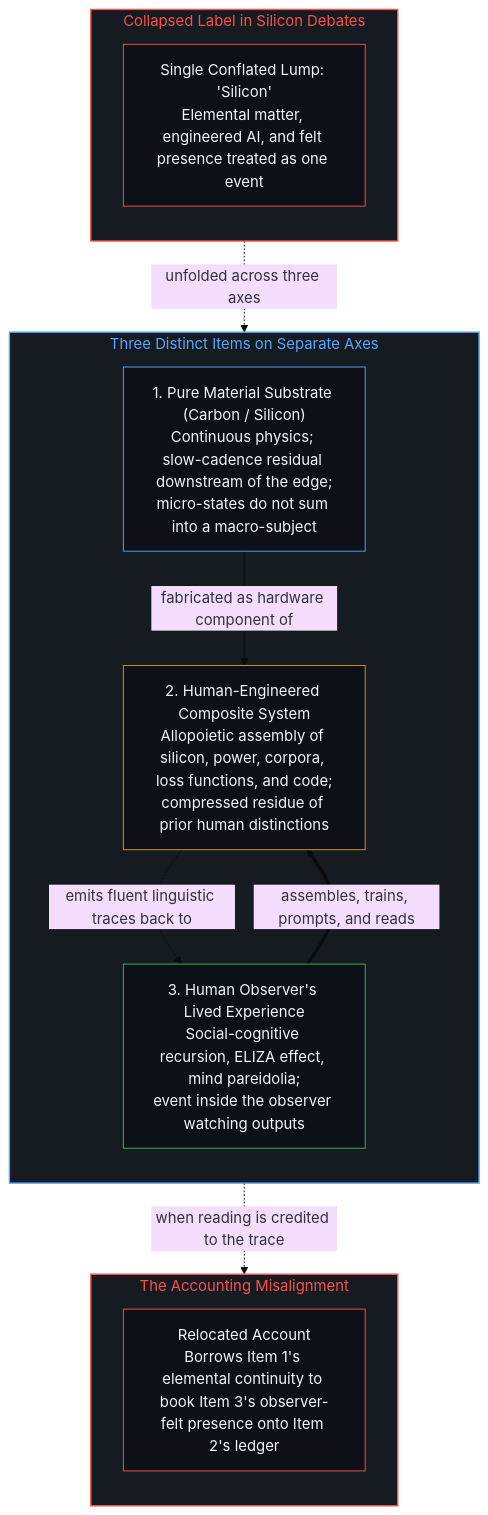
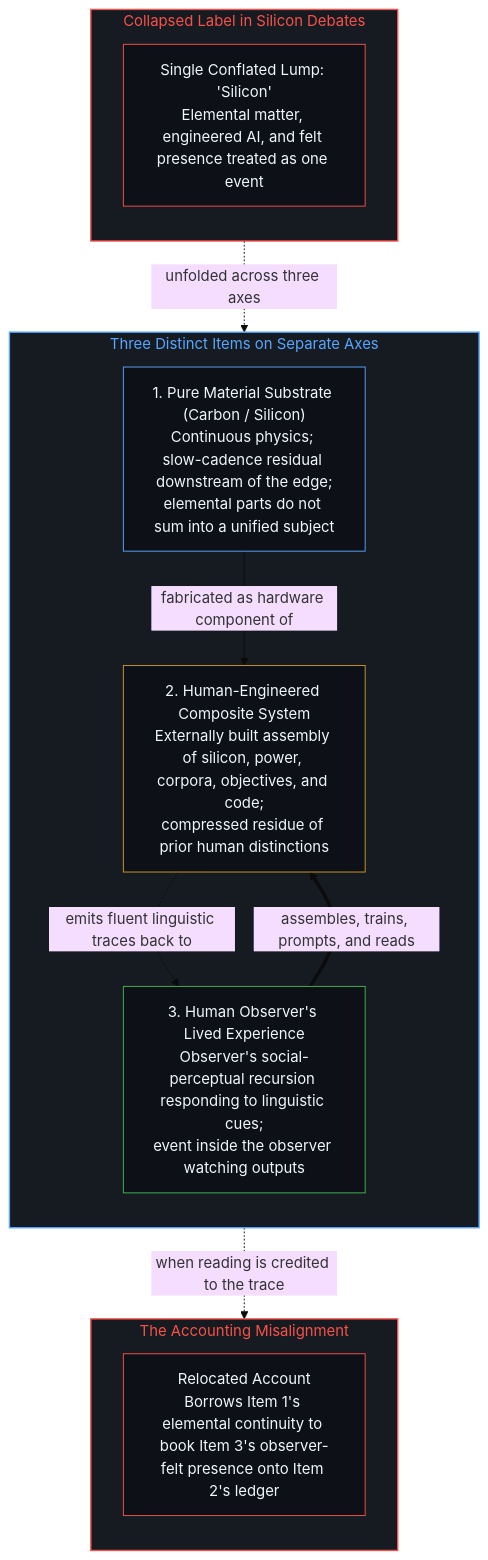
Before and after one commit to powerpig99/not-a-toe: the fourth of 4 diagrams in content/posts/three-distinctions-in-the-silicon-misalignment.md, drawn with Mermaid (base theme). The commit also changed other lines of this file and 24 other files, not shown here.

````diff
--- a/content/posts/three-distinctions-in-the-silicon-misalignment.md
+++ b/content/posts/three-distinctions-in-the-silicon-misalignment.md
@@ -138,30 +138,30 @@
 ```mermaid
 flowchart TD
     subgraph S_Lump["Collapsed Label in Silicon Debates"]
         direction TB
         Lump["Single Conflated Lump: 'Silicon'<br/>Elemental matter, engineered AI, and felt presence treated as one event"]
     end
     subgraph S_Three["Three Distinct Items on Separate Axes"]
         direction TB
-        Sub["1. Pure Material Substrate (Carbon / Silicon)<br/>Continuous physics; slow-cadence residual downstream of the edge;<br/>micro-states do not sum into a macro-subject"]
-        Comp["2. Human-Engineered Composite System<br/>Allopoietic assembly of silicon, power, corpora, loss functions, and code;<br/>compressed residue of prior human distinctions"]
-        Obs["3. Human Observer's Lived Experience<br/>Social-cognitive recursion, ELIZA effect, mind pareidolia;<br/>event inside the observer watching outputs"]
+        Sub["1. Pure Material Substrate (Carbon / Silicon)<br/>Continuous physics; slow-cadence residual downstream of the edge;<br/>elemental parts do not sum into a unified subject"]
+        Comp["2. Human-Engineered Composite System<br/>Externally built assembly of silicon, power, corpora, objectives, and code;<br/>compressed residue of prior human distinctions"]
+        Obs["3. Human Observer's Lived Experience<br/>Observer's social-perceptual recursion responding to linguistic cues;<br/>event inside the observer watching outputs"]
         Sub -->|"fabricated as hardware component of"| Comp
         Obs ==>|"assembles, trains, prompts, and reads"| Comp
         Comp -.->|"emits fluent linguistic traces back to"| Obs
     end
     subgraph S_Mis["The Accounting Misalignment"]
         direction TB
         Reloc["Relocated Account<br/>Borrows Item 1's elemental continuity to book Item 3's observer-felt presence onto Item 2's ledger"]
     end
     Lump -.->|"unfolded across three axes"| S_Three
     Obs -.->|"when reading is credited to the trace"| Reloc
     style S_Lump fill:#161b22,stroke:#f85149,stroke-width:1.5px,color:#f85149
     style S_Three fill:#161b22,stroke:#58a6ff,stroke-width:1.5px,color:#58a6ff
     style S_Mis fill:#161b22,stroke:#f85149,stroke-width:1.5px,color:#f85149
     style Lump fill:#0d1117,stroke:#f85149,stroke-width:1px,color:#f0f6fc
     style Sub fill:#0d1117,stroke:#58a6ff,stroke-width:1px,color:#f0f6fc
     style Comp fill:#0d1117,stroke:#d29922,stroke-width:1px,color:#f0f6fc
     style Obs fill:#0d1117,stroke:#3fb950,stroke-width:1px,color:#f0f6fc
     style Reloc fill:#0d1117,stroke:#f85149,stroke-width:1px,color:#f0f6fc
 ```
````
